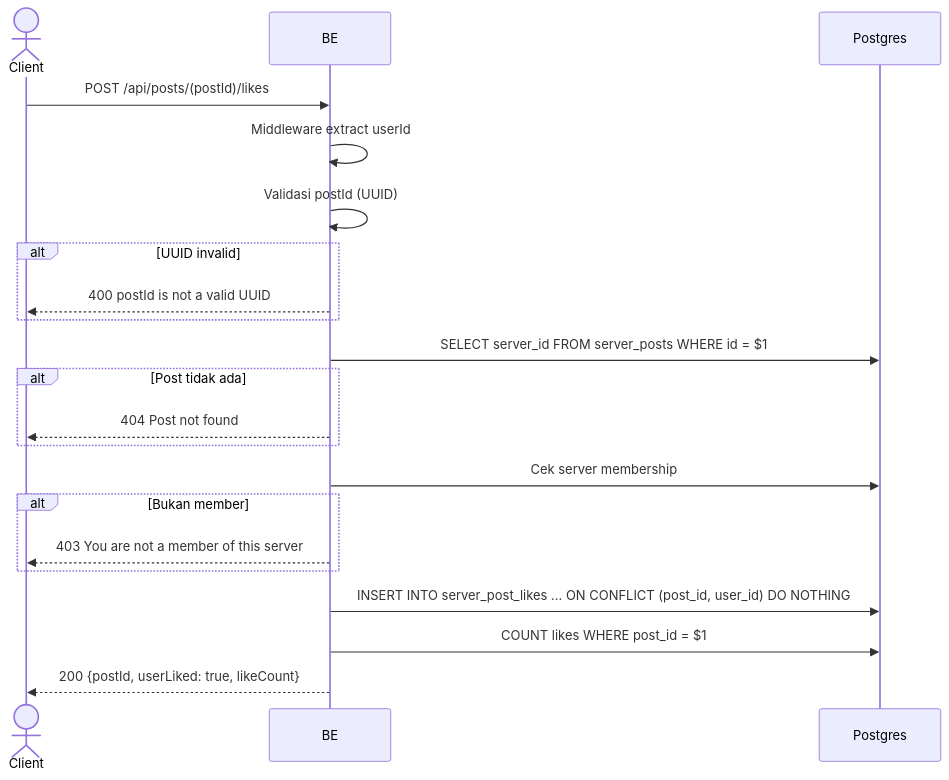
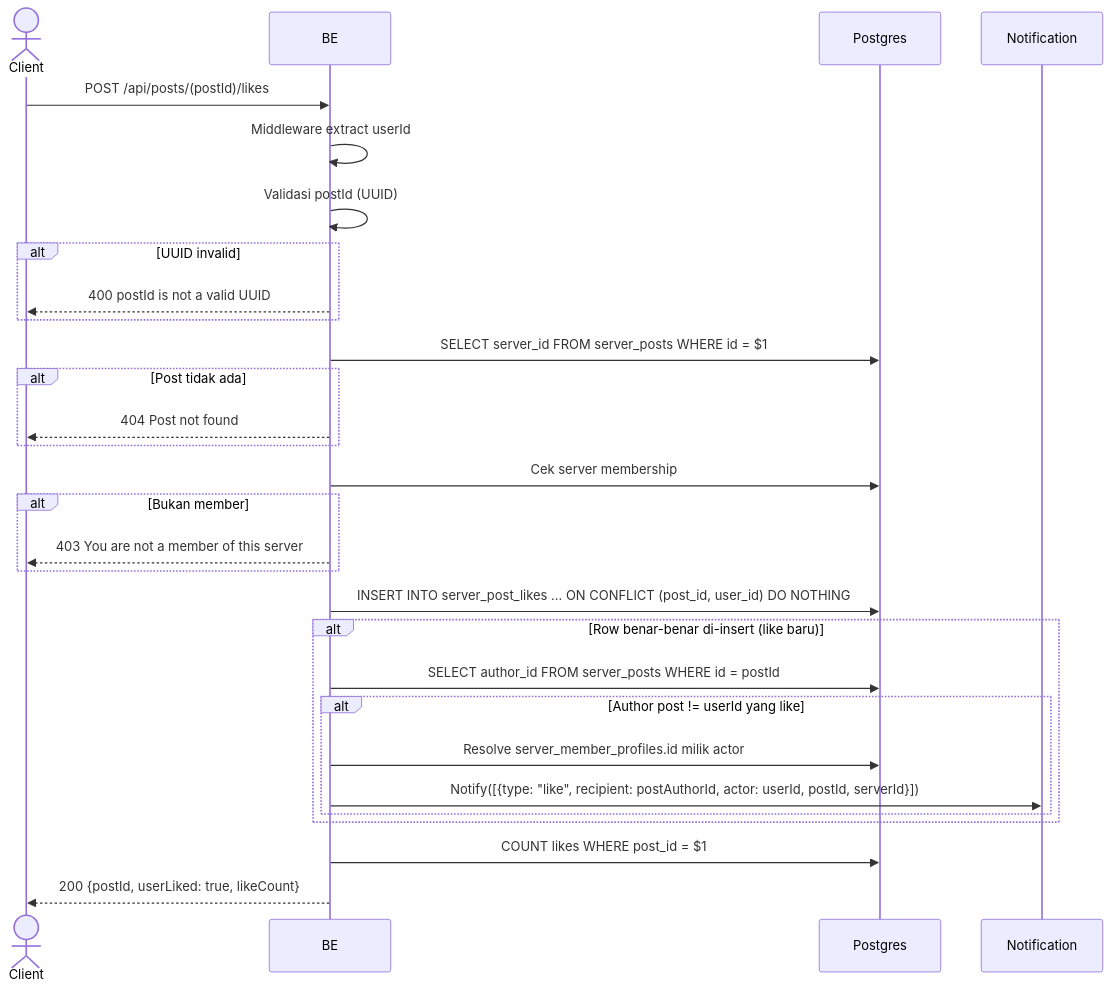
One commit to ferdian3456/virdanproject changed the diagram in docs/flows/id/like_post.md. Above: the diagram before and after it, drawn with Mermaid. The commit also changed other lines of this file and 67 other files, not shown here.

First line of the commit message:
Audit and fix API flow docs; add missing Payment/Chat documentation (#42)

````diff
--- a/docs/flows/id/like_post.md
+++ b/docs/flows/id/like_post.md
@@ -13,24 +13,32 @@
 ```mermaid
 sequenceDiagram
     actor Client
     participant BE
     participant Postgres
+    participant Notification
 
     Client->>BE: POST /api/posts/(postId)/likes
     BE->>BE: Middleware extract userId
     BE->>BE: Validasi postId (UUID)
     alt UUID invalid
         BE-->>Client: 400 postId is not a valid UUID
     end
     BE->>Postgres: SELECT server_id FROM server_posts WHERE id = $1
     alt Post tidak ada
         BE-->>Client: 404 Post not found
     end
     BE->>Postgres: Cek server membership
     alt Bukan member
         BE-->>Client: 403 You are not a member of this server
     end
     BE->>Postgres: INSERT INTO server_post_likes ... ON CONFLICT (post_id, user_id) DO NOTHING
+    alt Row benar-benar di-insert (like baru)
+        BE->>Postgres: SELECT author_id FROM server_posts WHERE id = postId
+        alt Author post != userId yang like
+            BE->>Postgres: Resolve server_member_profiles.id milik actor
+            BE->>Notification: Notify([{type: "like", recipient: postAuthorId, actor: userId, postId, serverId}])
+        end
+    end
     BE->>Postgres: COUNT likes WHERE post_id = $1
     BE-->>Client: 200 {postId, userLiked: true, likeCount}
 ```
````
